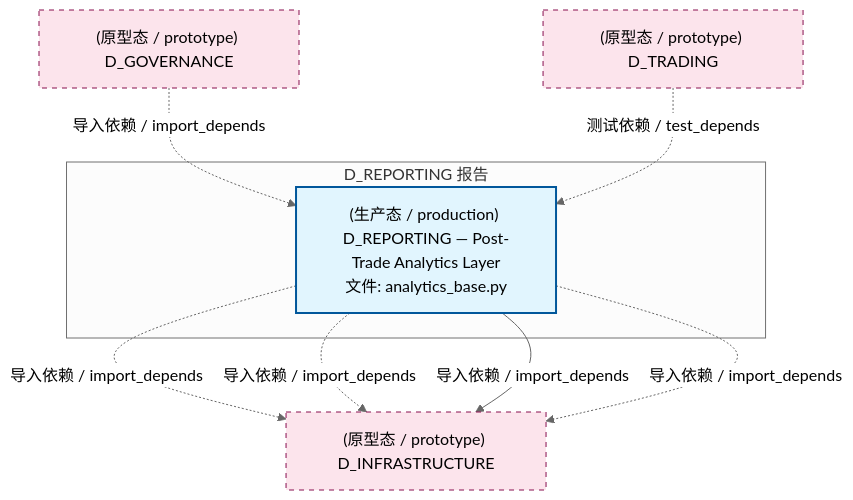
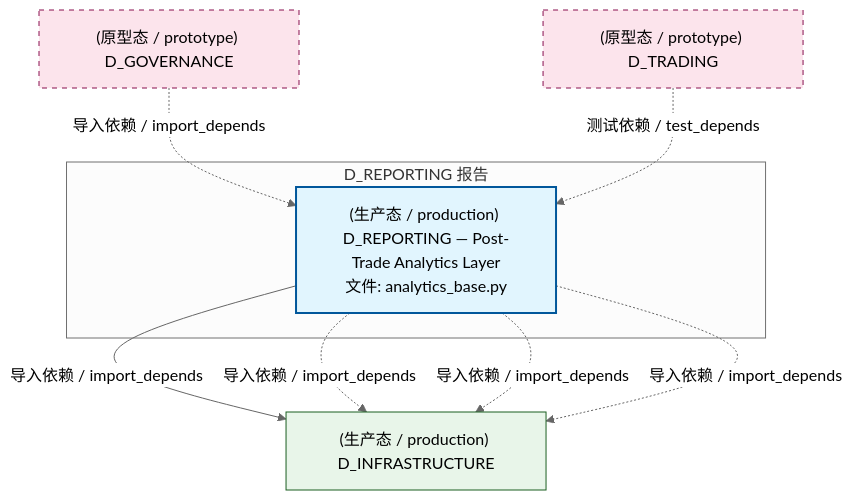
Before and after one commit to xuanFelixVan/ZephyrAlpha: the second of 4 diagrams in docs/02_enterprise_architecture/02_domain_architecture_docs/23_d_reporting.md, drawn with Mermaid (neutral theme). The commit also changed other lines of this file and 126 other files, not shown here.

````diff
--- a/docs/02_enterprise_architecture/02_domain_architecture_docs/23_d_reporting.md
+++ b/docs/02_enterprise_architecture/02_domain_architecture_docs/23_d_reporting.md
@@ -121,21 +121,22 @@
 ```mermaid
 graph TD
     subgraph D_REPORTING["D_REPORTING 报告"]
         src_zephyr_reporting_analytics_base_py["(生产态 / production) D_REPORTING — Post-Trade Analytics Layer<br/>文件: analytics_base.py"]
     end
-    D_INFRASTRUCTURE["(原型态 / prototype) D_INFRASTRUCTURE"]
+    D_INFRASTRUCTURE["(生产态 / production) D_INFRASTRUCTURE"]
+    src_zephyr_reporting_analytics_base_py -->|导入依赖 / import_depends| D_INFRASTRUCTURE
     src_zephyr_reporting_analytics_base_py -.->|导入依赖 / import_depends| D_INFRASTRUCTURE
     src_zephyr_reporting_analytics_base_py -.->|导入依赖 / import_depends| D_INFRASTRUCTURE
-    src_zephyr_reporting_analytics_base_py -->|导入依赖 / import_depends| D_INFRASTRUCTURE
     src_zephyr_reporting_analytics_base_py -.->|导入依赖 / import_depends| D_INFRASTRUCTURE
     D_GOVERNANCE["(原型态 / prototype) D_GOVERNANCE"]
     D_GOVERNANCE -.->|导入依赖 / import_depends| src_zephyr_reporting_analytics_base_py
     D_TRADING["(原型态 / prototype) D_TRADING"]
     D_TRADING -.->|测试依赖 / test_depends| src_zephyr_reporting_analytics_base_py
     classDef production fill:#e1f5fe,stroke:#01579b,stroke-width:2px,color:#000
     classDef design fill:#fff3e0,stroke:#e65100,stroke-width:2px,color:#000,stroke-dasharray: 5 5
     classDef external_prod fill:#e8f5e9,stroke:#1b5e20,stroke-width:1px,color:#000
     classDef external_design fill:#fce4ec,stroke:#880e4f,stroke-width:1px,color:#000,stroke-dasharray: 5 5
     class src_zephyr_reporting_analytics_base_py production
-    class D_INFRASTRUCTURE,D_GOVERNANCE,D_TRADING external_design
+    class D_INFRASTRUCTURE external_prod
+    class D_GOVERNANCE,D_TRADING external_design
 ```
````
